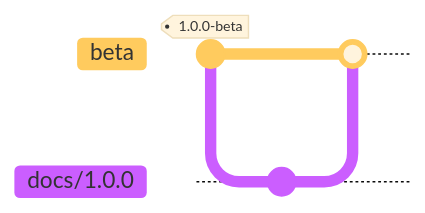
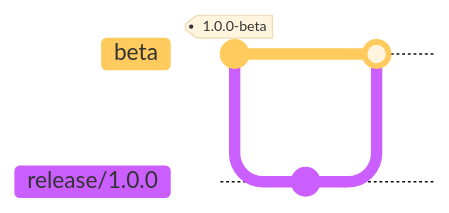
The tenth of 11 diagrams in code/architecture/ci-cd/git-flow.md (z1lV3r/arc-port), drawn with Mermaid before and after one commit. The commit also changed other lines of this file and 1 other file, not shown here.

Commit message:
Add new branch process

````diff
--- a/code/architecture/ci-cd/git-flow.md
+++ b/code/architecture/ci-cd/git-flow.md
@@ -219,15 +219,15 @@
 ```mermaid
 ---
 config:
   theme: 'base'
   gitGraph:
     showCommitLabel: false
     mainBranchName: 'beta'
 ---
 gitGraph
     commit id: "b1" tag: "1.0.0-beta"
-    branch docs/1.0.0
+    branch release/1.0.0
     commit id: "d1"
     checkout beta
-    merge docs/1.0.0
+    merge release/1.0.0
 ```
````
